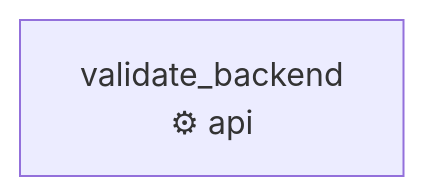
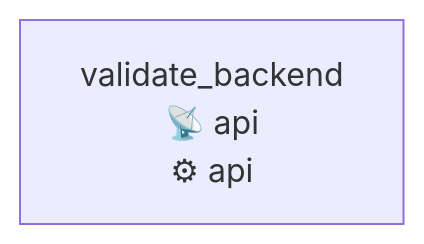
The diagram in docs/diagrams/qa-waves/journey-core-payment_charge_flow-cap_billing_validation.md (jeffersonmachado/r-agent2), drawn with Mermaid before and after one commit. The commit also changed other lines of this file and 74 other files, not shown here.

First line of the commit message:
docs(qa-waves): roteiros de jornada + diagramas + status de plataforma

````diff
--- a/docs/diagrams/qa-waves/journey-core-payment_charge_flow-cap_billing_validation.md
+++ b/docs/diagrams/qa-waves/journey-core-payment_charge_flow-cap_billing_validation.md
@@ -5,5 +5,5 @@
 ```mermaid
 flowchart LR
-    step_cap_billing_validation_1["validate_backend\n⚙ api"]
+    step_cap_billing_validation_1["validate_backend\n📡 api\n⚙ api"]
 
 ```
````
